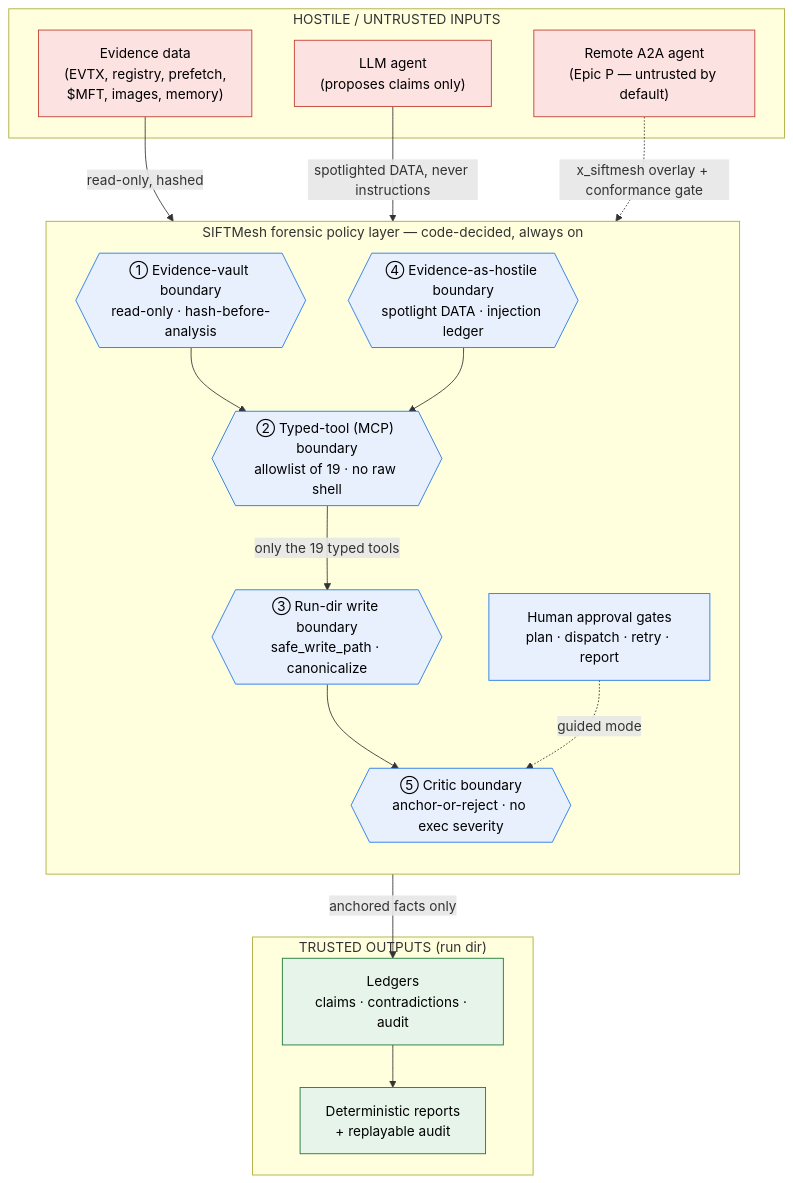
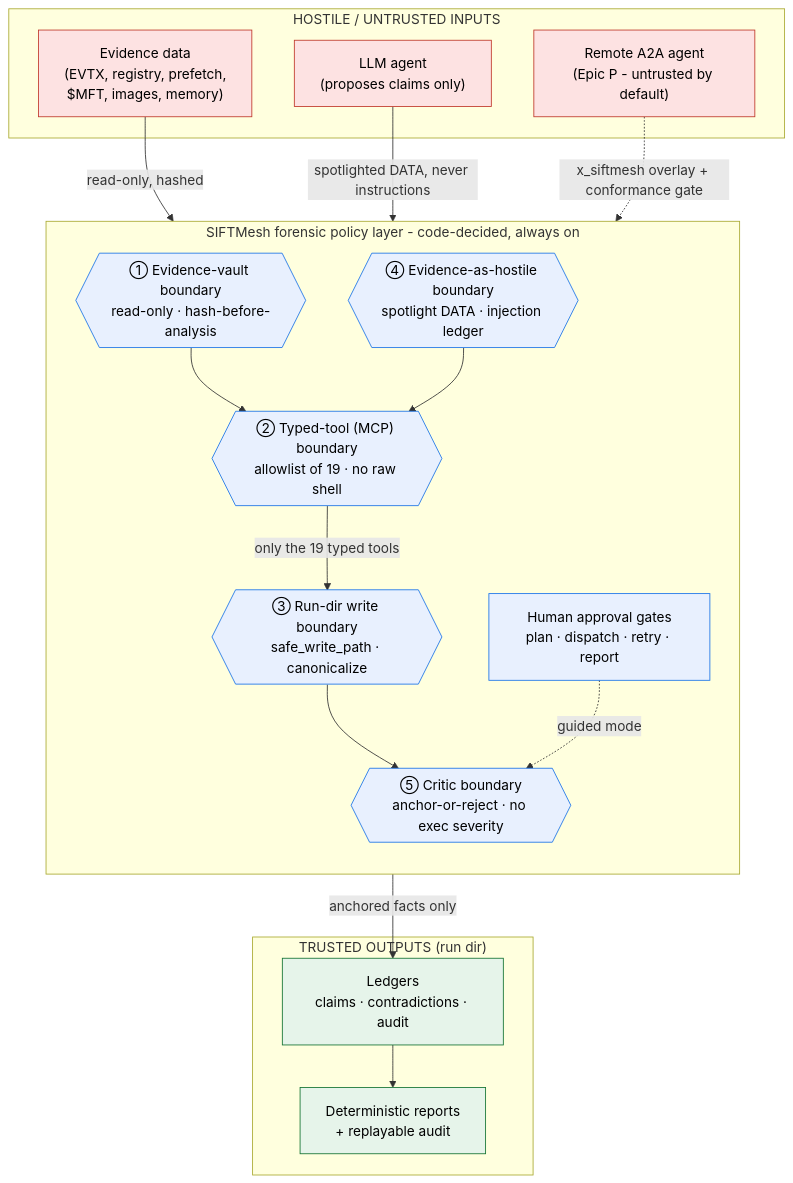
Before and after one commit to aryanbuilds/Project_SIFTAMESS: the diagram in docs/architecture.md, drawn with Mermaid. The commit also changed other lines of this file and 14 other files, not shown here.

````diff
--- a/docs/architecture.md
+++ b/docs/architecture.md
@@ -166,41 +166,41 @@
 ```mermaid
 flowchart TB
     subgraph UNTRUSTED["HOSTILE / UNTRUSTED INPUTS"]
         EV["Evidence data<br/>(EVTX, registry, prefetch,<br/>$MFT, images, memory)"]
         AG["LLM agent<br/>(proposes claims only)"]
-        A2A["Remote A2A agent<br/>(Epic P — untrusted by default)"]
+        A2A["Remote A2A agent<br/>(Epic P - untrusted by default)"]
     end
 
-    subgraph POLICY["SIFTMesh forensic policy layer — code-decided, always on"]
+    subgraph POLICY["SIFTMesh forensic policy layer - code-decided, always on"]
         direction TB
         B1{{"① Evidence-vault boundary<br/>read-only · hash-before-analysis"}}
         B4{{"④ Evidence-as-hostile boundary<br/>spotlight DATA · injection ledger"}}
         B2{{"② Typed-tool (MCP) boundary<br/>allowlist of 19 · no raw shell"}}
         B3{{"③ Run-dir write boundary<br/>safe_write_path · canonicalize"}}
         B5{{"⑤ Critic boundary<br/>anchor-or-reject · no exec severity"}}
         HG["Human approval gates<br/>plan · dispatch · retry · report"]
     end
 
     subgraph TRUSTED["TRUSTED OUTPUTS (run dir)"]
         LED["Ledgers<br/>claims · contradictions · audit"]
         REP["Deterministic reports<br/>+ replayable audit"]
     end
 
     EV -->|"read-only, hashed"| B1
     B1 --> B2
     AG -->|"spotlighted DATA, never instructions"| B4
     A2A -.->|"x_siftmesh overlay + conformance gate"| B4
     B4 --> B2
     B2 -->|"only the 19 typed tools"| B3
     B3 --> B5
     HG -.->|"guided mode"| B5
     B5 -->|"anchored facts only"| LED
     LED --> REP
 
     classDef hostile fill:#fde2e2,stroke:#c0392b,color:#000;
     classDef gate fill:#e8f0fe,stroke:#1a73e8,color:#000;
     classDef trusted fill:#e6f4ea,stroke:#137333,color:#000;
     class EV,AG,A2A hostile;
     class B1,B2,B3,B4,B5,HG gate;
     class LED,REP trusted;
 ```
````
